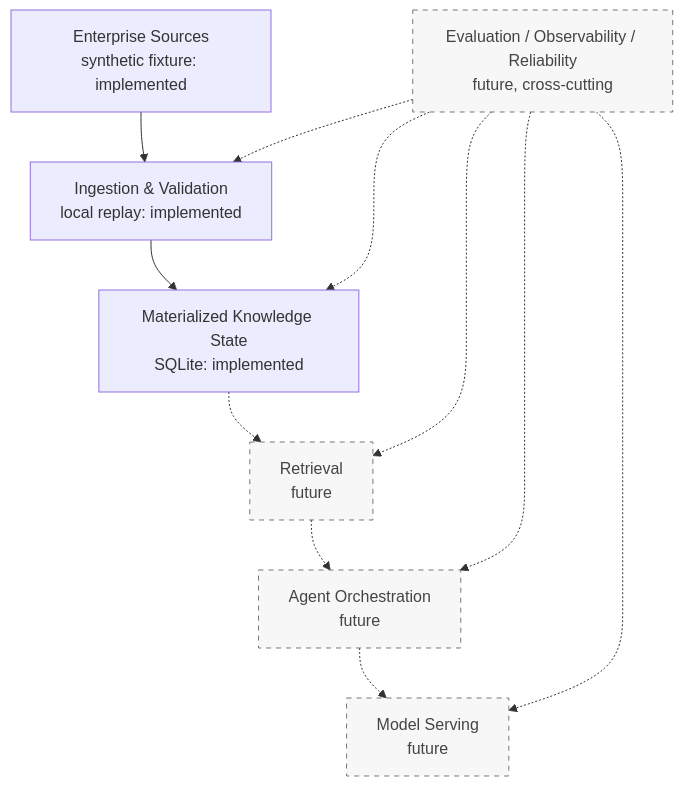
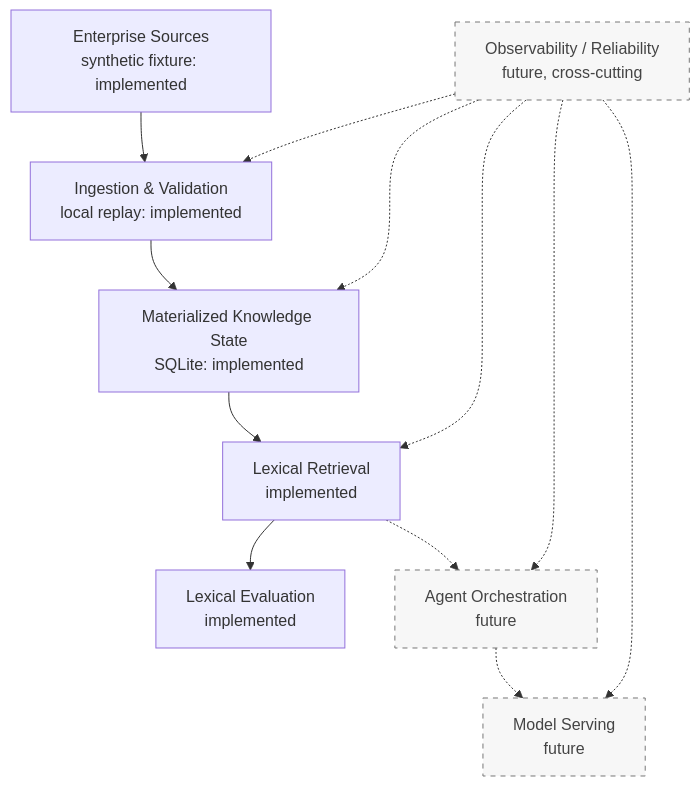
The diagram in README.md (mukeshbhandarkar/northstar-ai-platform), drawn with Mermaid before and after one commit. The commit also changed other lines of this file and 13 other files, not shown here.

Commit message:
feat: add deterministic lexical retrieval baseline and evaluation

````diff
--- a/README.md
+++ b/README.md
@@ -34,21 +34,24 @@
 ```mermaid
 flowchart TB
     sources["Enterprise Sources<br/>synthetic fixture: implemented"]
     ingest["Ingestion & Validation<br/>local replay: implemented"]
     state["Materialized Knowledge State<br/>SQLite: implemented"]
-    retrieval["Retrieval<br/>future"]
+    retrieval["Lexical Retrieval<br/>implemented"]
     agents["Agent Orchestration<br/>future"]
     serving["Model Serving<br/>future"]
-    cross["Evaluation / Observability / Reliability<br/>future, cross-cutting"]
+    evaluation["Lexical Evaluation<br/>implemented"]
+    cross["Observability / Reliability<br/>future, cross-cutting"]
 
     sources --> ingest --> state
-    state -.-> retrieval -.-> agents -.-> serving
+    state --> retrieval
+    retrieval --> evaluation
+    retrieval -.-> agents -.-> serving
     cross -.-> ingest
     cross -.-> state
     cross -.-> retrieval
     cross -.-> agents
     cross -.-> serving
 
     classDef future fill:#f7f7f7,stroke:#777,stroke-dasharray:5 5,color:#444;
-    class retrieval,agents,serving,cross future;
+    class agents,serving,cross future;
 ```
````
